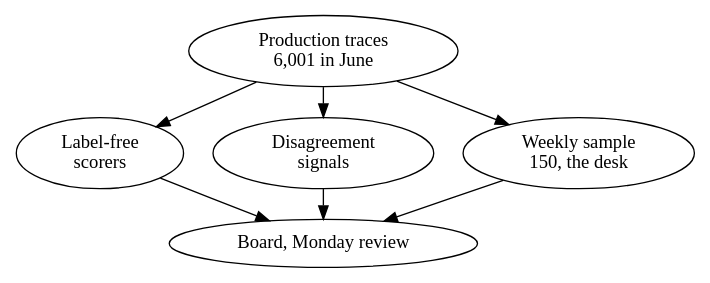
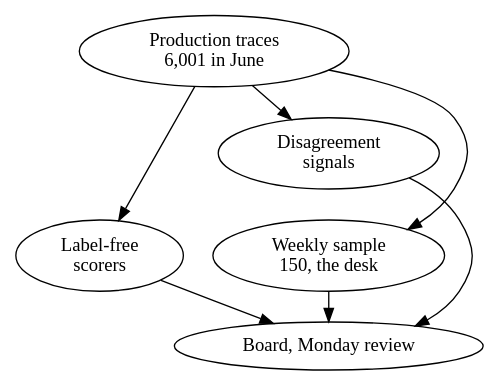
Before and after one commit to rajesh1008/system-design-book: the diagram in figures/src/ch34/fig-34-6.dot, drawn with Graphviz. The commit also changed 81 other files, not shown here.

```diff
--- a/figures/src/ch34/fig-34-6.dot
+++ b/figures/src/ch34/fig-34-6.dot
@@ -1,19 +1,20 @@
 // Figure 34.6  Online evaluation from traces
 // Reading order: top to bottom. Every production trace is scored
 // without labels; disagreement signals pick traces for people; a
 // weekly sample of 150 is labeled by the desk. From evals.online.
 digraph hld {
 #include "book.gv"
   rankdir=TB; nodesep=0.3; ranksep=0.32;
   tr [label="Production traces\n6,001 in June", class="evidence store"];
   free [label="Label-free\nscorers", class="verified gate"];
   sig [label="Disagreement\nsignals", class="evidence"];
   wk [label="Weekly sample\n150, the desk", class="org human"];
   bd [label="Board, Monday review", class="evidence"];
   tr -> free [class="data"];
   tr -> sig [class="data"];
-  tr -> wk [class="data"];
+  tr -> wk [class="data", constraint=false];
   free -> bd [class="data"];
   sig -> bd [class="emphasis"];
   wk -> bd [class="data"];
+  sig -> wk [style=invis];
 }
```
